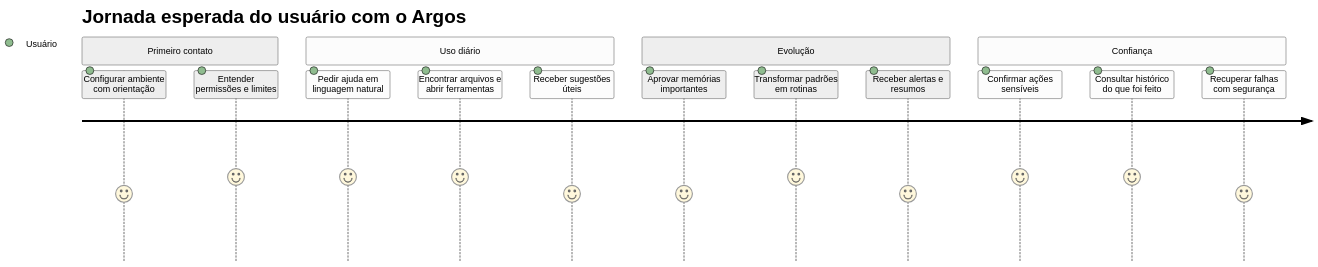
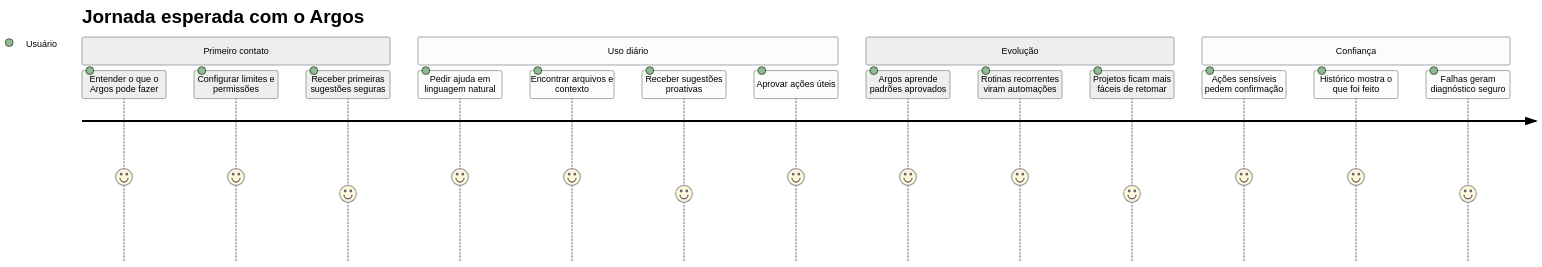
The third of 9 diagrams in README.md (BrunoDanielPF/argos-assistant), drawn with Mermaid (neutral theme) before and after one commit. The commit also changed other lines of this file, not shown here.

````diff
--- a/README.md
+++ b/README.md
@@ -55,19 +120,21 @@
 ```mermaid
 journey
-    title Jornada esperada do usuário com o Argos
+    title Jornada esperada com o Argos
     section Primeiro contato
-      Configurar ambiente com orientação: 4: Usuário
-      Entender permissões e limites: 5: Usuário
+      Entender o que o Argos pode fazer: 5: Usuário
+      Configurar limites e permissões: 5: Usuário
+      Receber primeiras sugestões seguras: 4: Usuário
     section Uso diário
       Pedir ajuda em linguagem natural: 5: Usuário
-      Encontrar arquivos e abrir ferramentas: 5: Usuário
-      Receber sugestões úteis: 4: Usuário
+      Encontrar arquivos e contexto: 5: Usuário
+      Receber sugestões proativas: 4: Usuário
+      Aprovar ações úteis: 5: Usuário
     section Evolução
-      Aprovar memórias importantes: 4: Usuário
-      Transformar padrões em rotinas: 5: Usuário
-      Receber alertas e resumos: 4: Usuário
+      Argos aprende padrões aprovados: 5: Usuário
+      Rotinas recorrentes viram automações: 5: Usuário
+      Projetos ficam mais fáceis de retomar: 4: Usuário
     section Confiança
-      Confirmar ações sensíveis: 5: Usuário
-      Consultar histórico do que foi feito: 5: Usuário
-      Recuperar falhas com segurança: 4: Usuário
+      Ações sensíveis pedem confirmação: 5: Usuário
+      Histórico mostra o que foi feito: 5: Usuário
+      Falhas geram diagnóstico seguro: 4: Usuário
 ```
````
